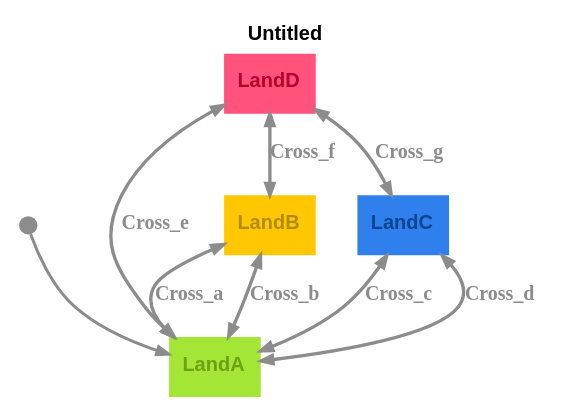
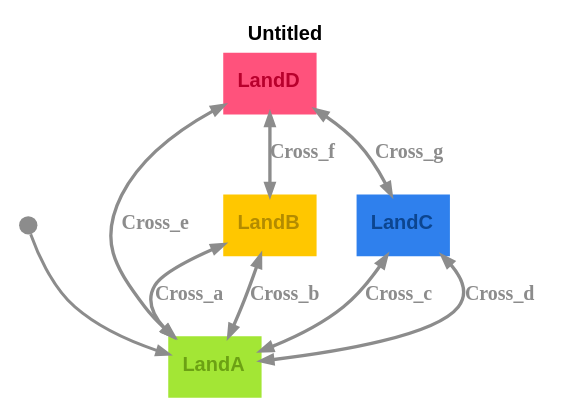
Before and after one commit to m-bock/purescript-transit: the diagram in graphs/bridges-koenigsberg.dot, drawn with Graphviz. The commit also changed 25 other files, not shown here.

Commit message:
Refactor graph definitions to enhance visual consistency by updating color attributes for nodes and edges across various dot and svg files. Adjust pen widths and color settings in the Door, Color Ring, and House of Santa Claus examples for improved clarity and aesthetics.

```diff
--- a/graphs/bridges-koenigsberg.dot
+++ b/graphs/bridges-koenigsberg.dot
@@ -1,17 +1,17 @@
 digraph 
 {
-rankdir = "TD";fontname = "Arial";label = <<b>Untitled</b>>;labelloc = "t";fontsize = 12;bgcolor = "#ffffff"
-LandA [shape = "box", label = <<b>LandA</b>>, fontsize = 12, style = "filled", fillcolor = "#a3e635", fontcolor = "#6ca114", fontname = "Arial", labelloc = "c", penwidth = 0.0]
+rankdir = "TD";fontname = "Arial";label = <<b>Untitled</b>>;labelloc = "t";fontsize = 12;bgcolor = "#ffffff";fontcolor = "#000000"
+LandA [shape = "box", label = <<b>LandA</b>>, fontsize = 12, style = "filled", fillcolor = "#a3e635", fontcolor = "#6ca114", color = "#a3e635", fontname = "Arial", labelloc = "c", penwidth = 1.0]
 __Start__ [shape = "circle", label = "", width = 0.15, height = 0.15, fixedsize = true, style = "filled", fillcolor = "#8c8c8c", penwidth = 0.0]
 __Start__ -> LandA [color = "#8c8c8c", fontsize = 12, arrowsize = "0.7", penwidth = 1.8]
-LandB [shape = "box", label = <<b>LandB</b>>, fontsize = 12, style = "filled", fillcolor = "#ffc700", fontcolor = "#b38b00", fontname = "Arial", labelloc = "c", penwidth = 0.0]
+LandB [shape = "box", label = <<b>LandB</b>>, fontsize = 12, style = "filled", fillcolor = "#ffc700", fontcolor = "#b38b00", color = "#ffc700", fontname = "Arial", labelloc = "c", penwidth = 1.0]
 LandB -> LandA [color = "#8c8c8c", fontcolor = "#8c8c8c", fontsize = 12, label = <<b>Cross_a</b>>, arrowsize = "1.5", penwidth = 2.0, dir = "both", arrowsize = "0.7"]
 LandB -> LandA [color = "#8c8c8c", fontcolor = "#8c8c8c", fontsize = 12, label = <<b>Cross_b</b>>, arrowsize = "1.5", penwidth = 2.0, dir = "both", arrowsize = "0.7"]
-LandC [shape = "box", label = <<b>LandC</b>>, fontsize = 12, style = "filled", fillcolor = "#2f80ed", fontcolor = "#0c4590", fontname = "Arial", labelloc = "c", penwidth = 0.0]
+LandC [shape = "box", label = <<b>LandC</b>>, fontsize = 12, style = "filled", fillcolor = "#2f80ed", fontcolor = "#0c4590", color = "#2f80ed", fontname = "Arial", labelloc = "c", penwidth = 1.0]
 LandC -> LandA [color = "#8c8c8c", fontcolor = "#8c8c8c", fontsize = 12, label = <<b>Cross_c</b>>, arrowsize = "1.5", penwidth = 2.0, dir = "both", arrowsize = "0.7"]
 LandC -> LandA [color = "#8c8c8c", fontcolor = "#8c8c8c", fontsize = 12, label = <<b>Cross_d</b>>, arrowsize = "1.5", penwidth = 2.0, dir = "both", arrowsize = "0.7"]
-LandD [shape = "box", label = <<b>LandD</b>>, fontsize = 12, style = "filled", fillcolor = "#ff527c", fontcolor = "#b8002c", fontname = "Arial", labelloc = "c", penwidth = 0.0]
+LandD [shape = "box", label = <<b>LandD</b>>, fontsize = 12, style = "filled", fillcolor = "#ff527c", fontcolor = "#b8002c", color = "#ff527c", fontname = "Arial", labelloc = "c", penwidth = 1.0]
 LandD -> LandA [color = "#8c8c8c", fontcolor = "#8c8c8c", fontsize = 12, label = <<b>Cross_e</b>>, arrowsize = "1.5", penwidth = 2.0, dir = "both", arrowsize = "0.7"]
 LandD -> LandB [color = "#8c8c8c", fontcolor = "#8c8c8c", fontsize = 12, label = <<b>Cross_f</b>>, arrowsize = "1.5", penwidth = 2.0, dir = "both", arrowsize = "0.7"]
 LandD -> LandC [color = "#8c8c8c", fontcolor = "#8c8c8c", fontsize = 12, label = <<b>Cross_g</b>>, arrowsize = "1.5", penwidth = 2.0, dir = "both", arrowsize = "0.7"]
 }
```
